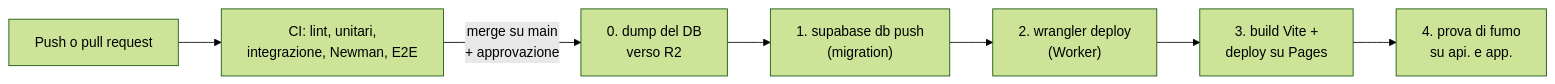
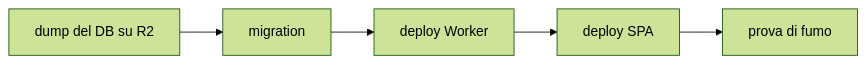
One commit to chriss0299/scuolachill changed the third of 3 diagrams in PRD.MD. Above: the diagram before and after it, drawn with Mermaid (forest theme). The commit also changed other lines of this file and 46 other files, not shown here.

````diff
--- a/PRD.MD
+++ b/PRD.MD
@@ -2564,9 +927,4 @@
 ```mermaid
 flowchart LR
-    PR["Push o pull request"] --> CI["CI: lint, unitari,<br/>integrazione, Newman, E2E"]
-    CI -- "merge su main<br/>+ approvazione" --> D["0. dump del DB<br/>verso R2"]
-    D --> M["1. supabase db push<br/>(migration)"]
-    M --> W["2. wrangler deploy<br/>(Worker)"]
-    W --> P["3. build Vite +<br/>deploy su Pages"]
-    P --> S["4. prova di fumo<br/>su api. e app."]
+    D["dump del DB su R2"] --> M["migration"] --> W["deploy Worker"] --> P["deploy SPA"] --> S["prova di fumo"]
 ```
````
